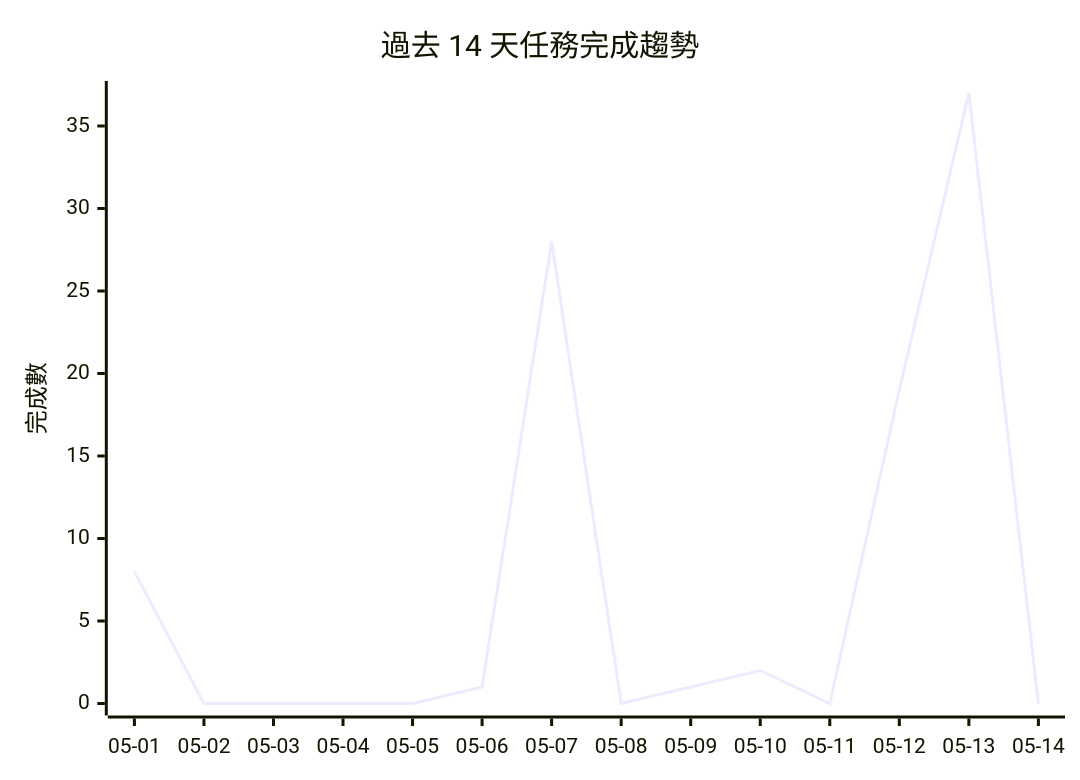
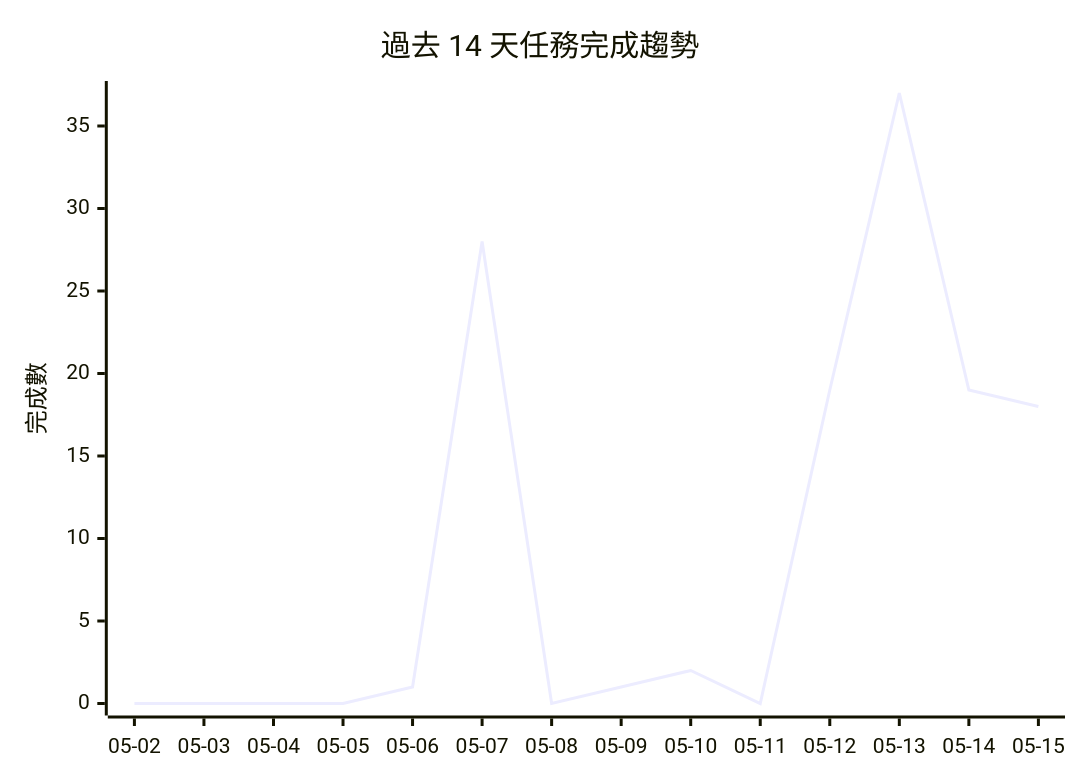
Before and after one commit to openclawchen8-lgtm/openclawchen8-lgtm: the diagram in README.md, drawn with Mermaid. The commit also changed other lines of this file, not shown here.

````diff
--- a/README.md
+++ b/README.md
@@ -81,7 +162,7 @@
 ```mermaid
 xychart-beta
     title "過去 14 天任務完成趨勢"
-    x-axis ["05-01", "05-02", "05-03", "05-04", "05-05", "05-06", "05-07", "05-08", "05-09", "05-10", "05-11", "05-12", "05-13", "05-14"]
+    x-axis ["05-02", "05-03", "05-04", "05-05", "05-06", "05-07", "05-08", "05-09", "05-10", "05-11", "05-12", "05-13", "05-14", "05-15"]
     y-axis "完成數" 0 --> 37
-    line [8, 0, 0, 0, 0, 1, 28, 0, 1, 2, 0, 19, 37, 0]
+    line [0, 0, 0, 0, 1, 28, 0, 1, 2, 0, 19, 37, 19, 18]
 ```
````
